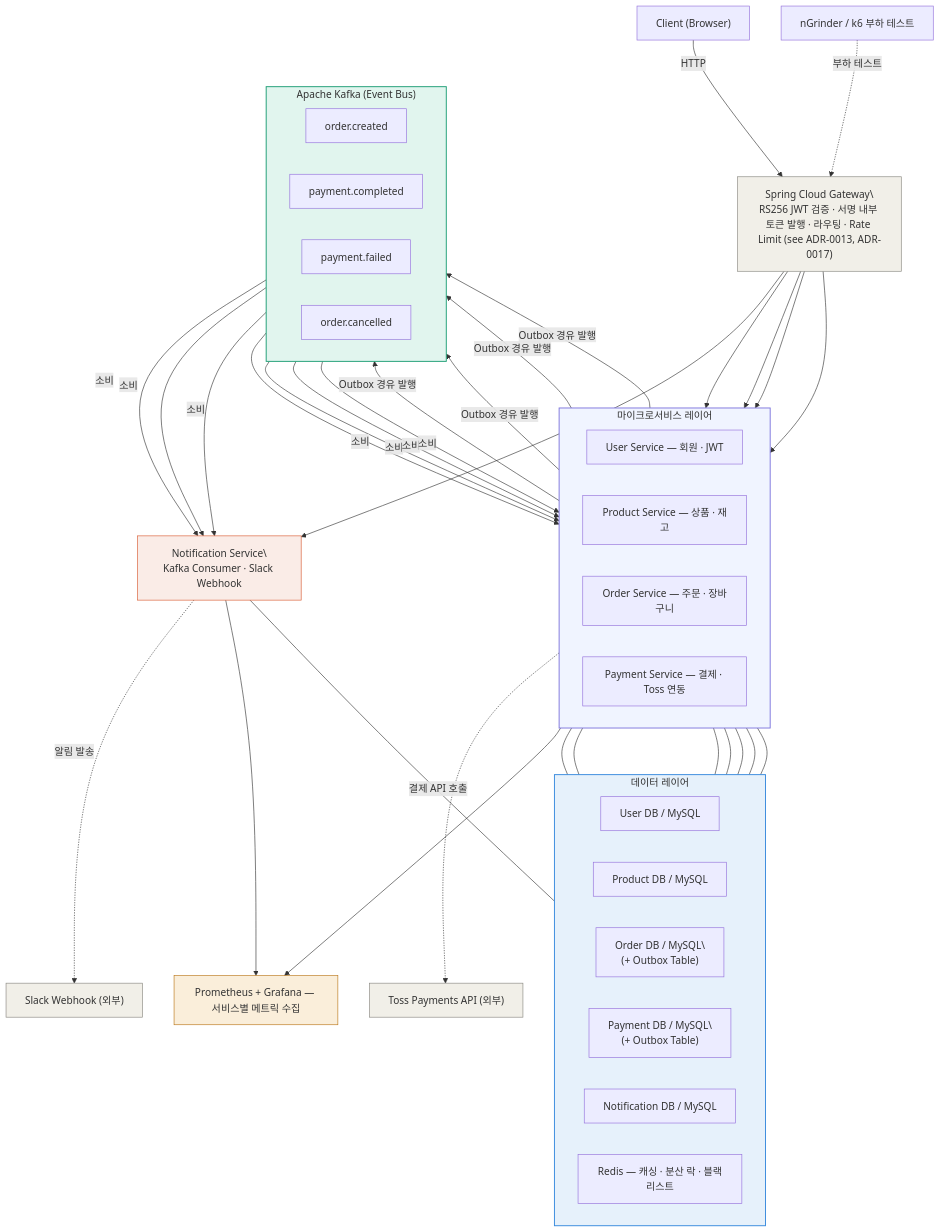
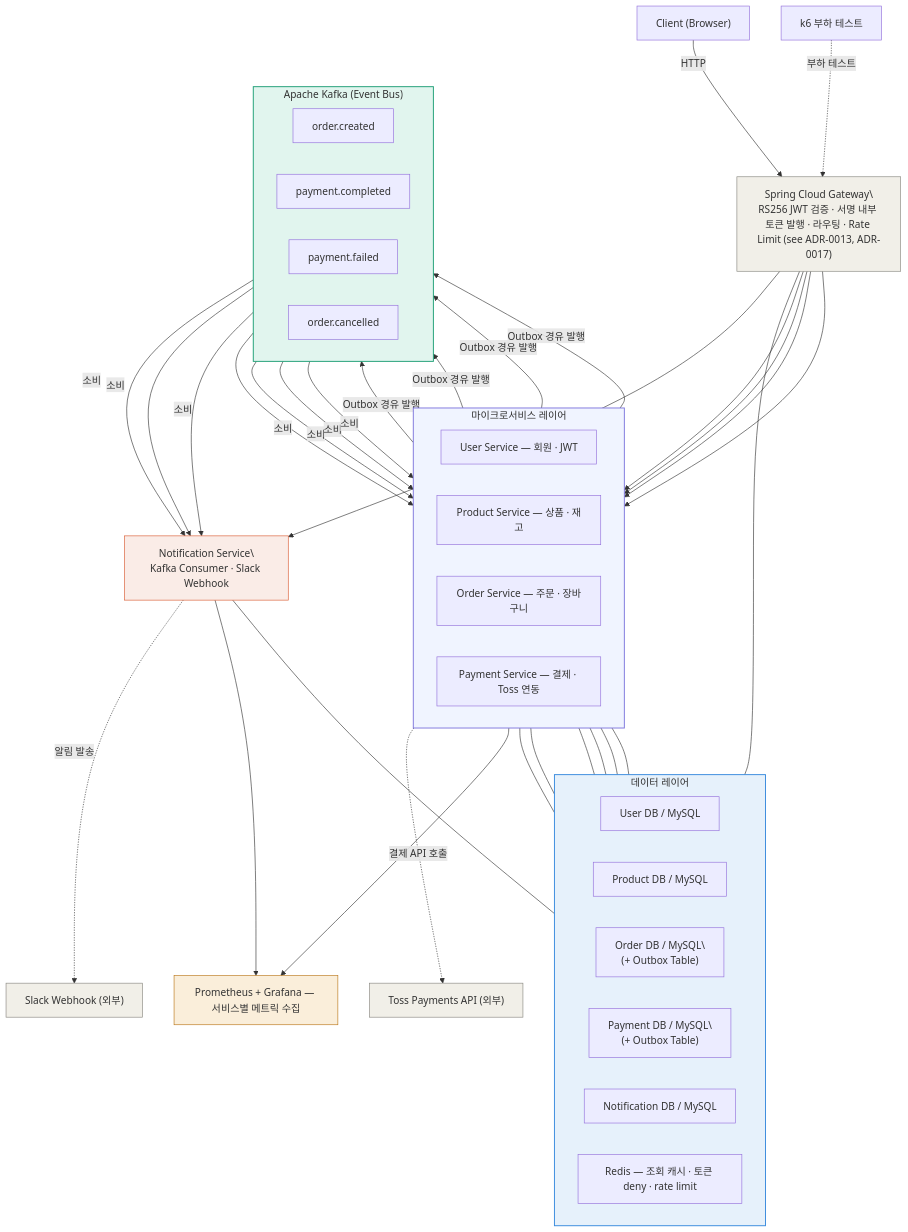
Before and after one commit to Kimgyuilli/PeekCart: the diagram in docs/02-architecture.md, drawn with Mermaid. The commit also changed other lines of this file, not shown here.

First line of the commit message:
docs(architecture): HPA·MySQL 상한·토픽 수와 Redis 연결 현행화

````diff
--- a/docs/02-architecture.md
+++ b/docs/02-architecture.md
@@ -58,80 +59,80 @@
 ```mermaid
 graph TD
     Client["Client (Browser)"]
     Toss["Toss Payments API (외부)"]
     Slack["Slack Webhook (외부)"]
-    LB["nGrinder / k6 부하 테스트"]
+    LB["k6 부하 테스트"]
 
     Client -->|HTTP| Gateway["Spring Cloud Gateway\\nRS256 JWT 검증 · 서명 내부 토큰 발행 · 라우팅 · Rate Limit (see ADR-0013, ADR-0017)"]
 
     Gateway --> UserSvc
     Gateway --> ProductSvc
     Gateway --> OrderSvc
     Gateway --> PaymentSvc
     Gateway --> NotificationSvc
 
     subgraph Services["마이크로서비스 레이어"]
         direction LR
         UserSvc["User Service — 회원 · JWT"]
         ProductSvc["Product Service — 상품 · 재고"]
         OrderSvc["Order Service — 주문 · 장바구니"]
         PaymentSvc["Payment Service — 결제 · Toss 연동"]
     end
 
     subgraph EventBus["Apache Kafka (Event Bus)"]
         direction LR
         T1["order.created"]
         T2["payment.completed"]
         T3["payment.failed"]
         T4["order.cancelled"]
     end
 
     OrderSvc -->|Outbox 경유 발행| T1
     PaymentSvc -->|Outbox 경유 발행| T2
     PaymentSvc -->|Outbox 경유 발행| T3
     OrderSvc -->|Outbox 경유 발행| T4
     T1 -->|소비| PaymentSvc
     T1 -->|소비| NotificationSvc
     T2 -->|소비| OrderSvc
     T2 -->|소비| NotificationSvc
     T3 -->|소비| OrderSvc
     T4 -->|소비| ProductSvc
     T4 -->|소비| NotificationSvc
 
     NotificationSvc["Notification Service\\nKafka Consumer · Slack Webhook"]
 
     subgraph DataLayer["데이터 레이어"]
         direction LR
         UserDB["User DB / MySQL"]
         ProductDB["Product DB / MySQL"]
         OrderDB["Order DB / MySQL\\n(+ Outbox Table)"]
         PaymentDB["Payment DB / MySQL\\n(+ Outbox Table)"]
         NotificationDB["Notification DB / MySQL"]
-        Redis["Redis — 캐싱 · 분산 락 · 블랙리스트"]
+        Redis["Redis — 조회 캐시 · 토큰 deny · rate limit"]
     end
 
     UserSvc --- UserDB
     ProductSvc --- ProductDB
     OrderSvc --- OrderDB
     PaymentSvc --- PaymentDB
     NotificationSvc --- NotificationDB
     ProductSvc --- Redis
-    OrderSvc --- Redis
+    Gateway --- Redis
     UserSvc --- Redis
     PaymentSvc -.->|결제 API 호출| Toss
     NotificationSvc -.->|알림 발송| Slack
 
     Monitoring["Prometheus + Grafana — 서비스별 메트릭 수집"]
     Services --> Monitoring
     NotificationSvc --> Monitoring
     LB -.->|부하 테스트| Gateway
 
     style Services fill:#f0f4ff,stroke:#7F77DD,stroke-width:1.5px
     style EventBus fill:#E1F5EE,stroke:#1D9E75,stroke-width:1.5px
     style DataLayer fill:#E6F1FB,stroke:#378ADD,stroke-width:1.5px
     style Gateway fill:#F1EFE8,stroke:#888780
     style NotificationSvc fill:#FAECE7,stroke:#D85A30
     style Monitoring fill:#FAEEDA,stroke:#BA7517
     style Toss fill:#F1EFE8,stroke:#888780
     style Slack fill:#F1EFE8,stroke:#888780
 ```
````
